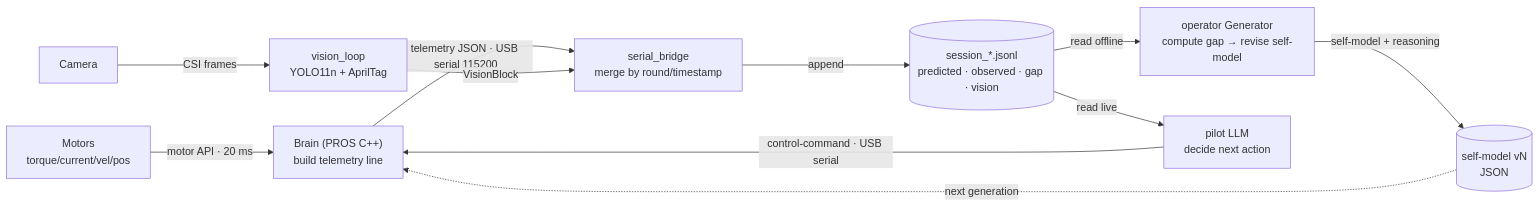
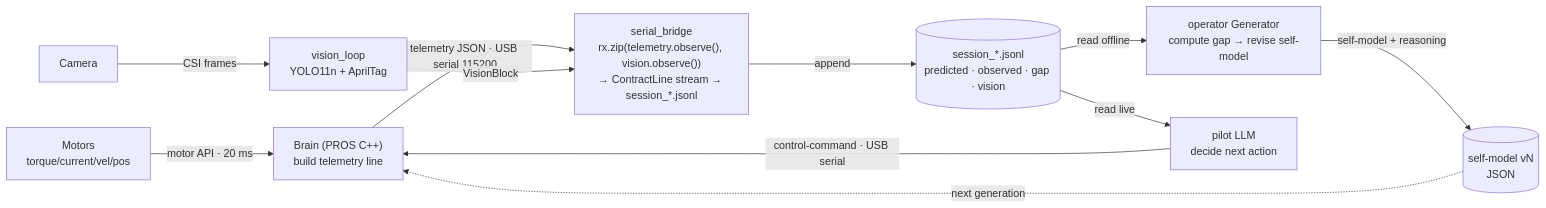
Before and after one commit to codewizard-dt/llm-self-model-capstone: the second of 2 diagrams in ARCHITECTURE.md, drawn with Mermaid. The commit also changed other lines of this file and 4 other files, not shown here.

````diff
--- a/ARCHITECTURE.md
+++ b/ARCHITECTURE.md
@@ -52,13 +52,13 @@
 ```mermaid
 flowchart LR
   MOT["Motors<br/>torque/current/vel/pos"] -->|motor API · 20 ms| BR["Brain (PROS C++)<br/>build telemetry line"]
   CAM["Camera"] -->|CSI frames| VL["vision_loop<br/>YOLO11n + AprilTag"]
-  BR -->|telemetry JSON · USB serial 115200| MG["serial_bridge<br/>merge by round/timestamp"]
+  BR -->|telemetry JSON · USB serial 115200| MG["serial_bridge<br/>rx.zip(telemetry.observe(), vision.observe())<br/>→ ContractLine stream → session_*.jsonl"]
   VL -->|VisionBlock| MG
   MG -->|append| JL[("session_*.jsonl<br/>predicted · observed · gap · vision")]
   JL -->|read offline| GEN["operator Generator<br/>compute gap → revise self-model"]
   GEN -->|self-model + reasoning| SM[("self-model vN<br/>JSON")]
   SM -.next generation.-> BR
   JL -->|read live| PIL["pilot LLM<br/>decide next action"]
   PIL -->|control-command · USB serial| BR
 ```
````
